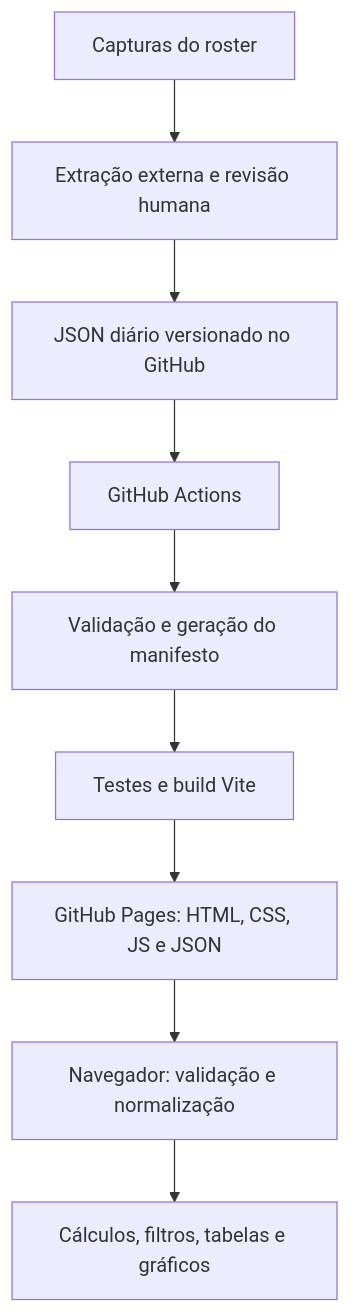
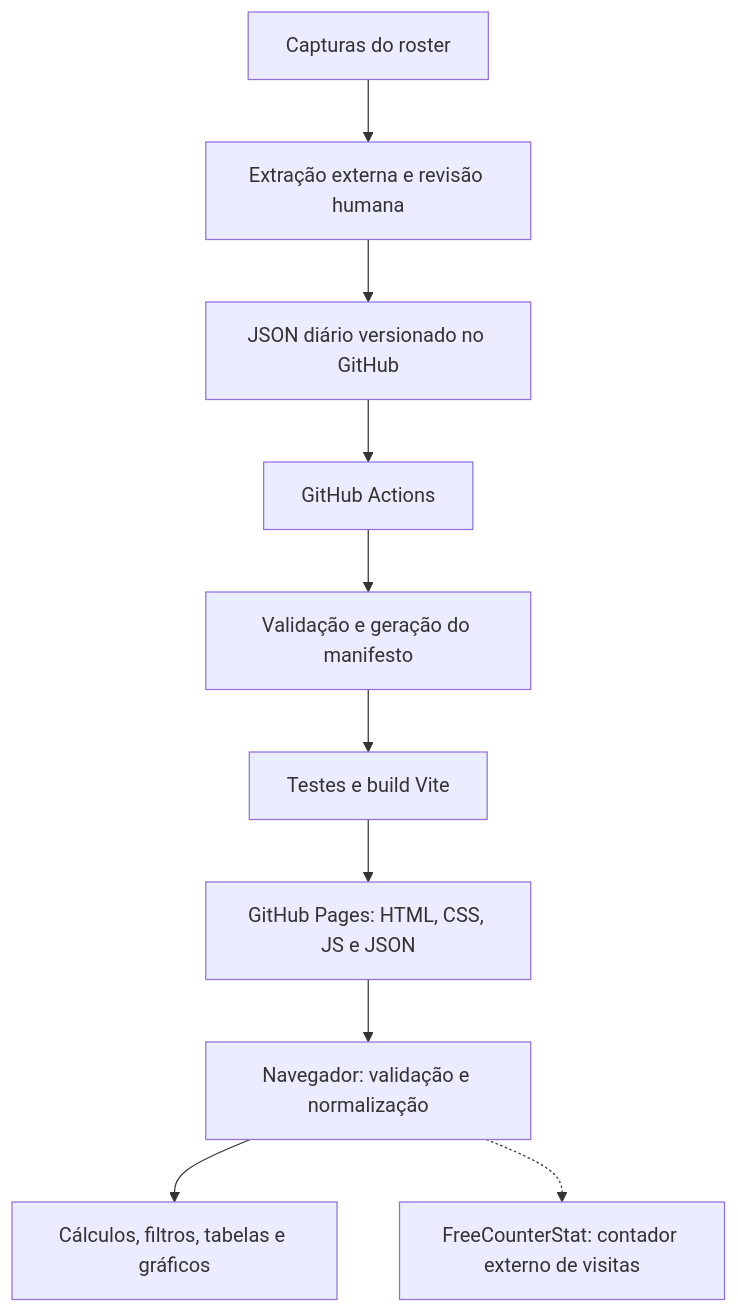
The diagram in docs/TECHNICAL.md (attagata/deso-dashboard), drawn with Mermaid before and after one commit. The commit also changed other lines of this file and 4 other files, not shown here.

Commit message:
Add FreeCounterStat footer visit counter and bilingual documentation

````diff
--- a/docs/TECHNICAL.md
+++ b/docs/TECHNICAL.md
@@ -26,11 +26,12 @@
 ```mermaid
 flowchart TD
     A[Capturas do roster] --> B[Extração externa e revisão humana]
     B --> C[JSON diário versionado no GitHub]
     C --> D[GitHub Actions]
     D --> E[Validação e geração do manifesto]
     E --> F[Testes e build Vite]
     F --> G[GitHub Pages: HTML, CSS, JS e JSON]
     G --> H[Navegador: validação e normalização]
     H --> I[Cálculos, filtros, tabelas e gráficos]
+    H -.-> J[FreeCounterStat: contador externo de visitas]
 ```
````
